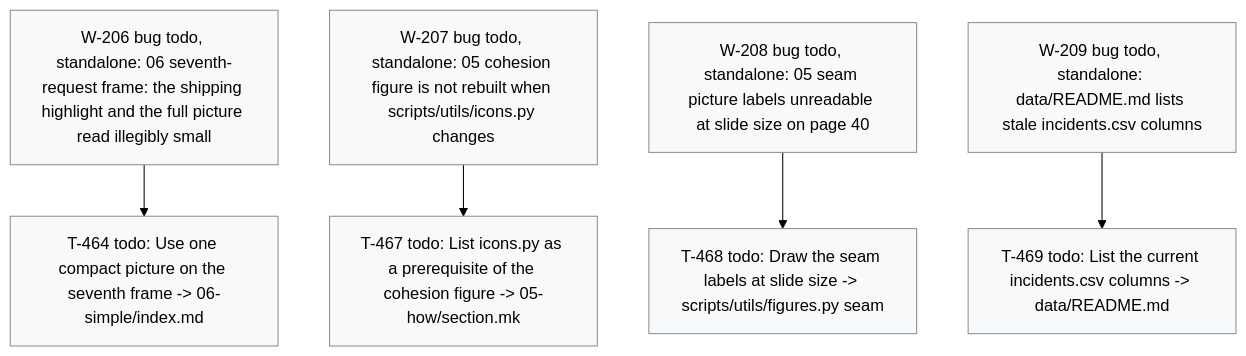
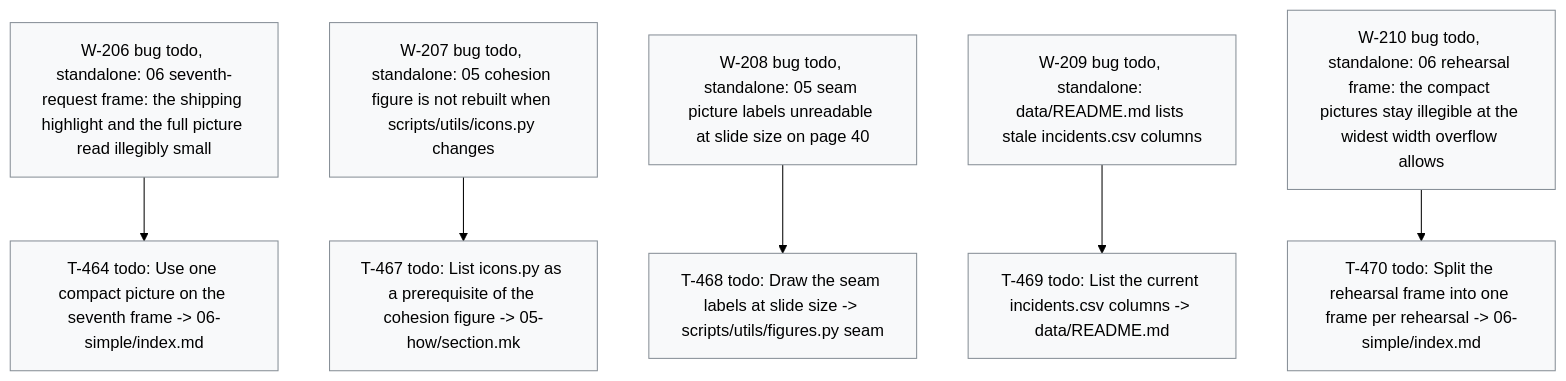
The diagram in .board/BOARD.md (dpopchev/chaos-to-simple), drawn with Mermaid (forest theme) before and after one commit. The commit also changed other lines of this file and 3 other files, not shown here.

Commit message:
chore(board): W-205 verified; file W-210 -- rehearsal pictures still illegible (W-205, W-210, T-463)

````diff
--- a/.board/BOARD.md
+++ b/.board/BOARD.md
@@ -1217,17 +1218,19 @@
 ```mermaid
 flowchart TD
   W206["W-206 bug todo, standalone: 06 seventh-request frame: the shipping highlight and the full picture read illegibly small"]
   W206 --> T464["T-464 todo: Use one compact picture on the seventh frame -> 06-simple/index.md"]
   W207["W-207 bug todo, standalone: 05 cohesion figure is not rebuilt when scripts/utils/icons.py changes"]
   W207 --> T467["T-467 todo: List icons.py as a prerequisite of the cohesion figure -> 05-how/section.mk"]
   W208["W-208 bug todo, standalone: 05 seam picture labels unreadable at slide size on page 40"]
   W208 --> T468["T-468 todo: Draw the seam labels at slide size -> scripts/utils/figures.py seam"]
   W209["W-209 bug todo, standalone: data/README.md lists stale incidents.csv columns"]
   W209 --> T469["T-469 todo: List the current incidents.csv columns -> data/README.md"]
+  W210["W-210 bug todo, standalone: 06 rehearsal frame: the compact pictures stay illegible at the widest width overflow allows"]
+  W210 --> T470["T-470 todo: Split the rehearsal frame into one frame per rehearsal -> 06-simple/index.md"]
   classDef doing fill:#fff3bf,stroke:#b58900,color:#000;
   classDef blocked fill:#ffe3e3,stroke:#c92a2a,color:#000;
   classDef done fill:#e6ffed,stroke:#2b8a3e,color:#000;
   classDef todo fill:#f8f9fa,stroke:#868e96,color:#000;
   classDef pruned fill:#f1f3f5,stroke:#adb5bd,color:#000;
-  class W206,T464,W207,T467,W208,T468,W209,T469 todo
+  class W206,T464,W207,T467,W208,T468,W209,T469,W210,T470 todo
 ```
````
